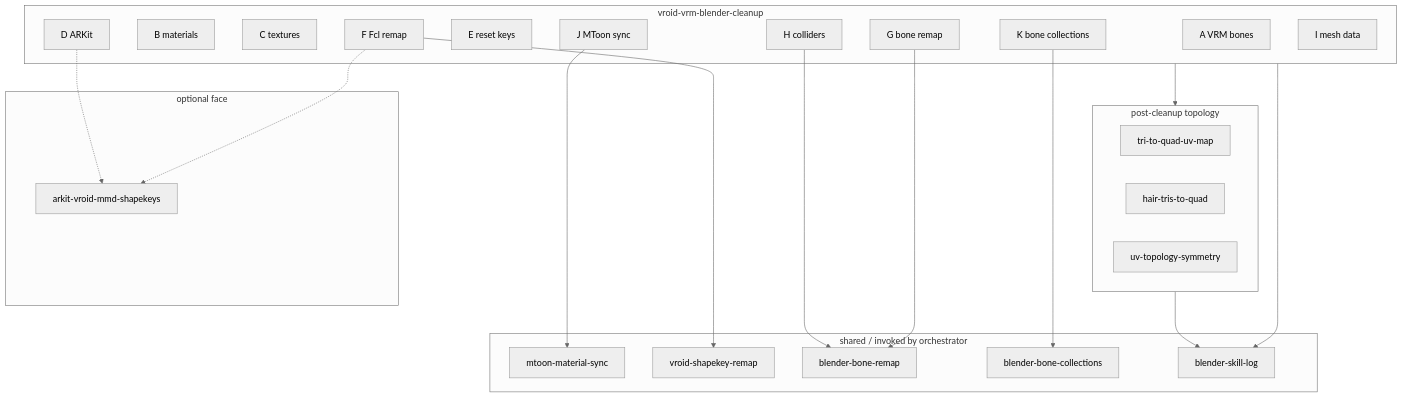
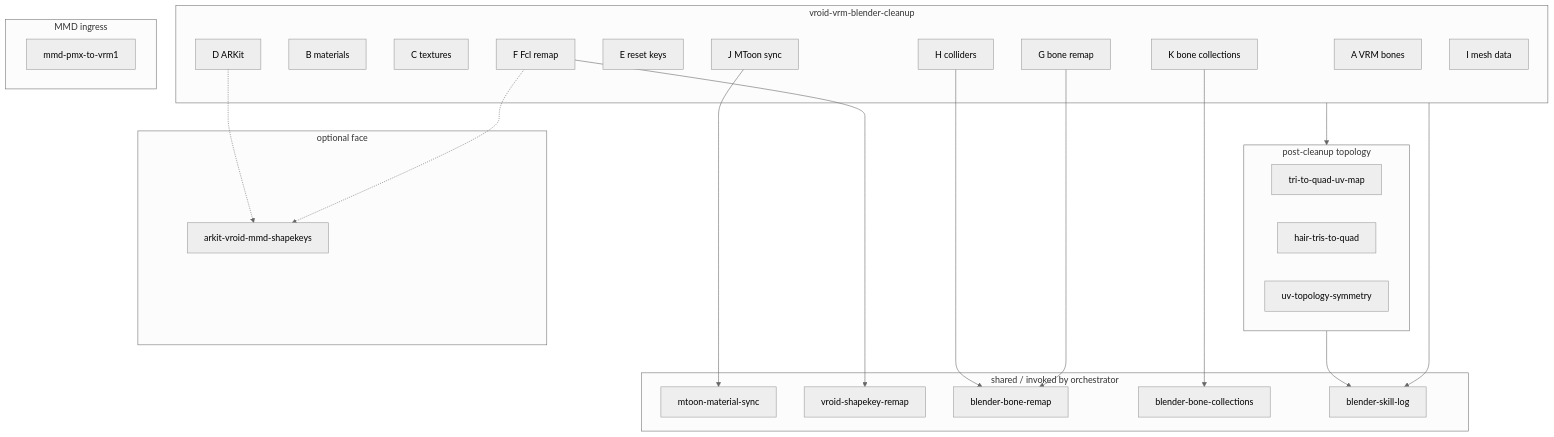
The second of 8 diagrams in skills/README.md (miramocha/blender-skills-and-rules), drawn with Mermaid (neutral theme) before and after one commit. The commit also changed other lines of this file and 8 other files, not shown here.

First line of the commit message:
feat(mmd): add PMX→VRM1 setup skill

````diff
--- a/skills/README.md
+++ b/skills/README.md
@@ -41,45 +46,49 @@
 ```mermaid
 flowchart TB
   subgraph orchestrator [vroid-vrm-blender-cleanup]
     A[A VRM bones]
     B[B materials]
     C[C textures]
     D[D ARKit]
     E[E reset keys]
     J[J MToon sync]
     F[F Fcl remap]
     G[G bone remap]
     K[K bone collections]
     H[H colliders]
     I[I mesh data]
   end
 
   subgraph topology [post-cleanup topology]
     TQ[tri-to-quad-uv-map]
     HQ[hair-tris-to-quad]
     UV[uv-topology-symmetry]
   end
 
   subgraph libs [shared / invoked by orchestrator]
     MTOON[mtoon-material-sync]
     SHAPE[vroid-shapekey-remap]
     BONE[blender-bone-remap]
     BC[blender-bone-collections]
     LOG[blender-skill-log]
   end
 
   subgraph optionalFace [optional face]
     MMD[arkit-vroid-mmd-shapekeys]
   end
 
+  subgraph ingress [MMD ingress]
+    PMX[mmd-pmx-to-vrm1]
+  end
+
   J --> MTOON
   F --> SHAPE
   G --> BONE
   H --> BONE
   K --> BC
   F -.-> MMD
   D -.-> MMD
   orchestrator --> LOG
   topology --> LOG
   orchestrator --> topology
 ```
````
